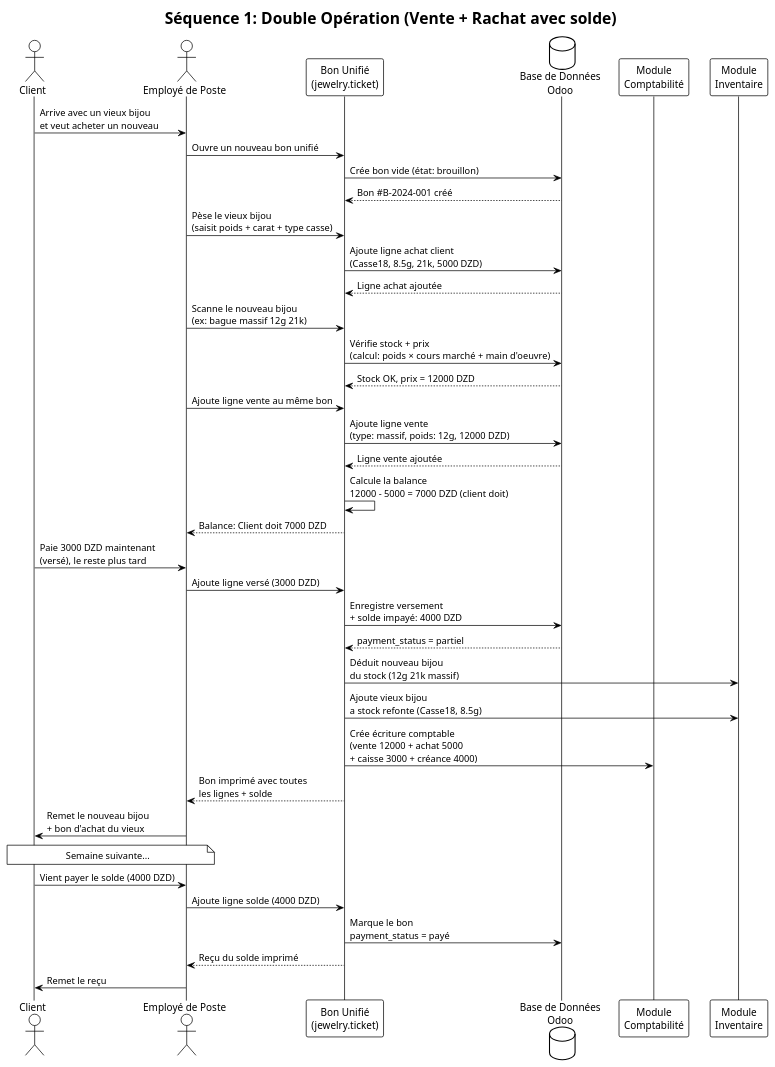
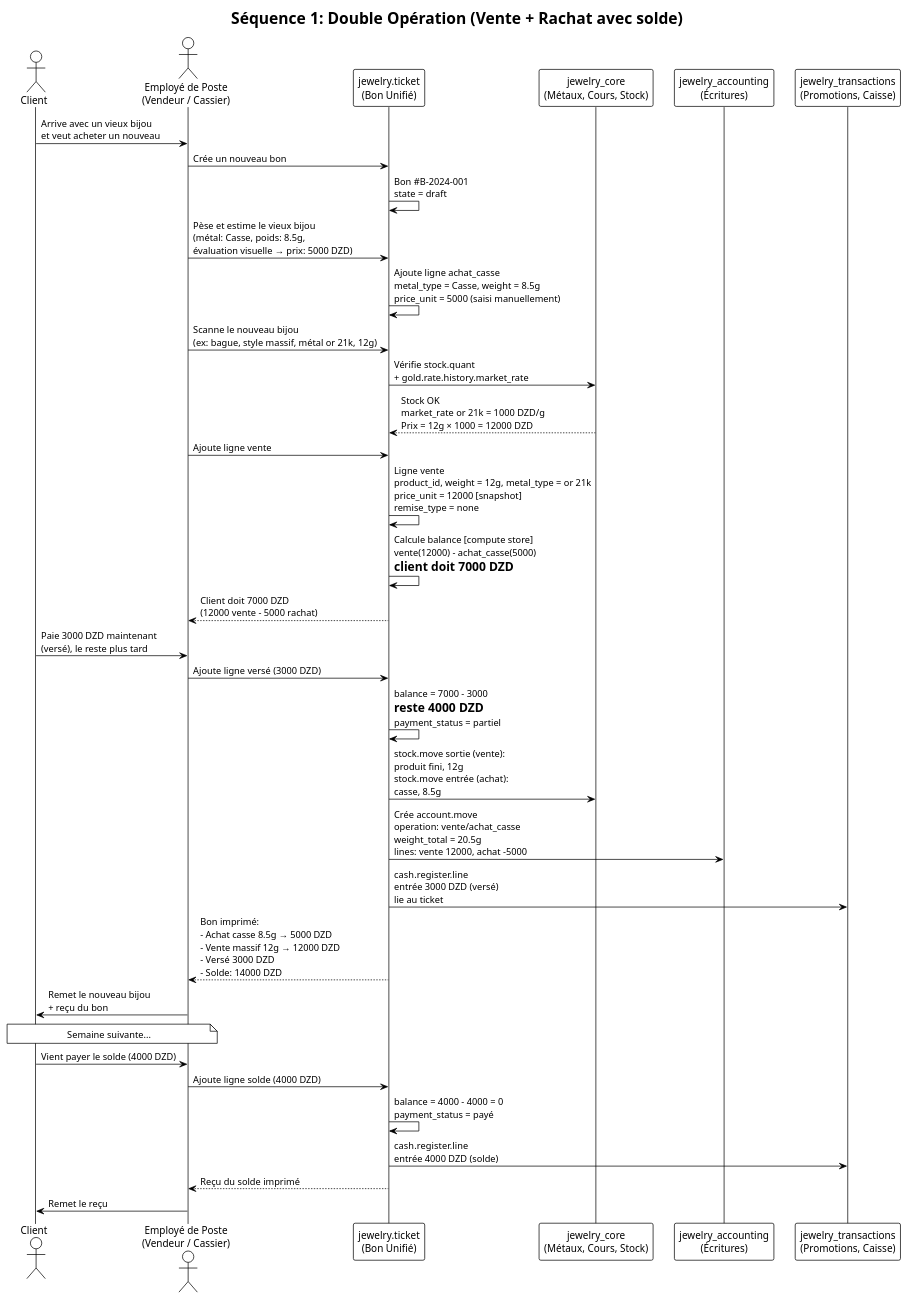
One commit to DawdBe/odoo-jawlery changed the diagram in docs/diagrams/seq_double_operation.puml. Above: the diagram before and after it, drawn with PlantUML. The commit also changed 19 other files, not shown here.

```diff
--- a/docs/diagrams/seq_double_operation.puml
+++ b/docs/diagrams/seq_double_operation.puml
@@ -1,49 +1,53 @@
 @startuml
 !theme plain
 title "Séquence 1: Double Opération (Vente + Rachat avec solde)"
 
 actor "Client" as C
-actor "Employé de Poste" as V
-participant "Bon Unifié\n(jewelry.ticket)" as TICKET
-database "Base de Données\nOdoo" as DB
-participant "Module\nComptabilité" as ACC
-participant "Module\nInventaire" as INV
+actor "Employé de Poste\n(Vendeur / Cassier)" as V
+participant "jewelry.ticket\n(Bon Unifié)" as TICKET
+participant "jewelry_core\n(Métaux, Cours, Stock)" as CORE
+participant "jewelry_accounting\n(Écritures)" as ACC
+participant "jewelry_transactions\n(Promotions, Caisse)" as TRANS
 
 C -> V: Arrive avec un vieux bijou\net veut acheter un nouveau
-V -> TICKET: Ouvre un nouveau bon unifié
-TICKET -> DB: Crée bon vide (état: brouillon)
-DB --> TICKET: Bon #B-2024-001 créé
+V -> TICKET: Crée un nouveau bon
+TICKET -> TICKET: Bon #B-2024-001\nstate = draft
 
-V -> TICKET: Pèse le vieux bijou\n(saisit poids + carat + type casse)
-TICKET -> DB: Ajoute ligne achat client\n(Casse18, 8.5g, 21k, 5000 DZD)
-DB --> TICKET: Ligne achat ajoutée
+V -> TICKET: Pèse et estime le vieux bijou\n(métal: Casse, poids: 8.5g,\névaluation visuelle → prix: 5000 DZD)
+TICKET -> TICKET: Ajoute ligne achat_casse\nmetal_type = Casse, weight = 8.5g\nprice_unit = 5000 (saisi manuellement)
 
-V -> TICKET: Scanne le nouveau bijou\n(ex: bague massif 12g 21k)
-TICKET -> DB: Vérifie stock + prix\n(calcul: poids × cours marché + main d'oeuvre)
-DB --> TICKET: Stock OK, prix = 12000 DZD
-V -> TICKET: Ajoute ligne vente au même bon
-TICKET -> DB: Ajoute ligne vente\n(type: massif, poids: 12g, 12000 DZD)
-DB --> TICKET: Ligne vente ajoutée
+V -> TICKET: Scanne le nouveau bijou\n(ex: bague, style massif, métal or 21k, 12g)
+TICKET -> CORE: Vérifie stock.quant\n+ gold.rate.history.market_rate
 
-TICKET -> TICKET: Calcule la balance\n12000 - 5000 = 7000 DZD (client doit)
-TICKET --> V: Balance: Client doit 7000 DZD
+CORE --> TICKET: Stock OK\nmarket_rate or 21k = 1000 DZD/g\nPrix = 12g × 1000 = 12000 DZD
+
+V -> TICKET: Ajoute ligne vente
+TICKET -> TICKET: Ligne vente\nproduct_id, weight = 12g, metal_type = or 21k\nprice_unit = 12000 [snapshot]\nremise_type = none
+
+TICKET -> TICKET: Calcule balance [compute store]\nvente(12000) - achat_casse(5000)\n= client doit 7000 DZD
+
+TICKET --> V: Client doit 7000 DZD\n(12000 vente - 5000 rachat)
 
 C -> V: Paie 3000 DZD maintenant\n(versé), le reste plus tard
 V -> TICKET: Ajoute ligne versé (3000 DZD)
-TICKET -> DB: Enregistre versement\n+ solde impayé: 4000 DZD
-DB --> TICKET: payment_status = partiel
+TICKET -> TICKET: balance = 7000 - 3000\n= reste 4000 DZD\npayment_status = partiel
 
-TICKET -> INV: Déduit nouveau bijou\ndu stock (12g 21k massif)
-TICKET -> INV: Ajoute vieux bijou\na stock refonte (Casse18, 8.5g)
-TICKET -> ACC: Crée écriture comptable\n(vente 12000 + achat 5000\n+ caisse 3000 + créance 4000)
+TICKET -> CORE: stock.move sortie (vente):\nproduit fini, 12g\nstock.move entrée (achat):\ncasse, 8.5g
 
-TICKET --> V: Bon imprimé avec toutes\nles lignes + solde
-V -> C: Remet le nouveau bijou\n+ bon d'achat du vieux
+TICKET -> ACC: Crée account.move\noperation: vente/achat_casse\nweight_total = 20.5g\nlines: vente 12000, achat -5000
+
+TICKET -> TRANS: cash.register.line\nentrée 3000 DZD (versé)\nlie au ticket
+
+TICKET --> V: Bon imprimé:\n- Achat casse 8.5g → 5000 DZD\n- Vente massif 12g → 12000 DZD\n- Versé 3000 DZD\n- Solde: 14000 DZD
+
+V -> C: Remet le nouveau bijou\n+ reçu du bon
 
 note over V, C: Semaine suivante...
+
 C -> V: Vient payer le solde (4000 DZD)
 V -> TICKET: Ajoute ligne solde (4000 DZD)
-TICKET -> DB: Marque le bon\npayment_status = payé
+TICKET -> TICKET: balance = 4000 - 4000 = 0\npayment_status = payé
+TICKET -> TRANS: cash.register.line\nentrée 4000 DZD (solde)
 TICKET --> V: Reçu du solde imprimé
 V -> C: Remet le reçu
 @enduml
```
